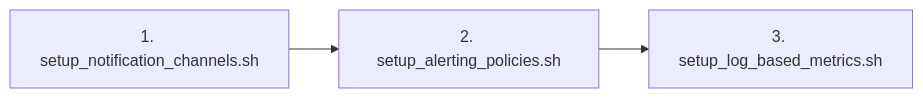
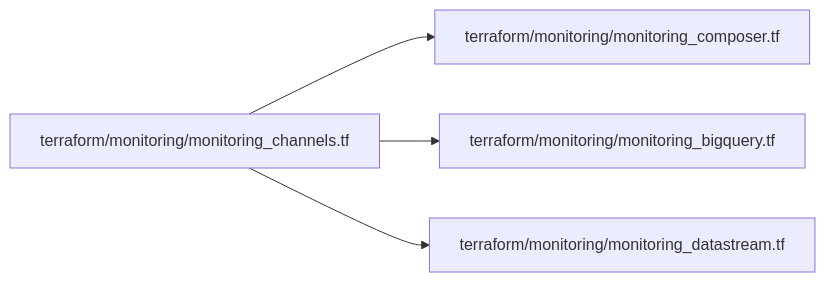
The third of 4 diagrams in docs/composer_monitoring_guide.md (xavierprasetyo/data-analytics-monitoring-on-gcp), drawn with Mermaid before and after one commit. The commit also changed other lines of this file and 24 other files, not shown here.

Commit message:
feat(monitoring): add zombie task count scorecard to Composer health dashboard and reset chaos_error_rate to 30

````diff
--- a/docs/composer_monitoring_guide.md
+++ b/docs/composer_monitoring_guide.md
@@ -151,4 +151,6 @@
 ```mermaid
 flowchart LR
-    A["1. setup_notification_channels.sh"] --> B["2. setup_alerting_policies.sh"] --> C["3. setup_log_based_metrics.sh"]
+    A["terraform/monitoring/monitoring_channels.tf"] --> B["terraform/monitoring/monitoring_composer.tf"]
+    A --> C["terraform/monitoring/monitoring_bigquery.tf"]
+    A --> D["terraform/monitoring/monitoring_datastream.tf"]
 ```
````
